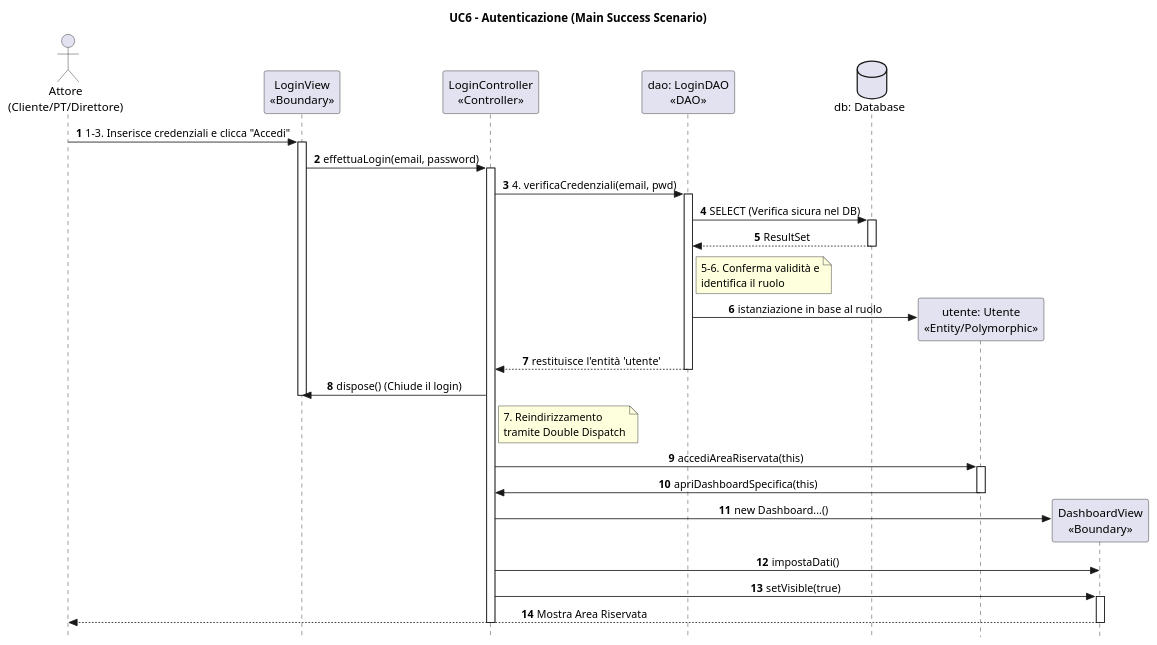
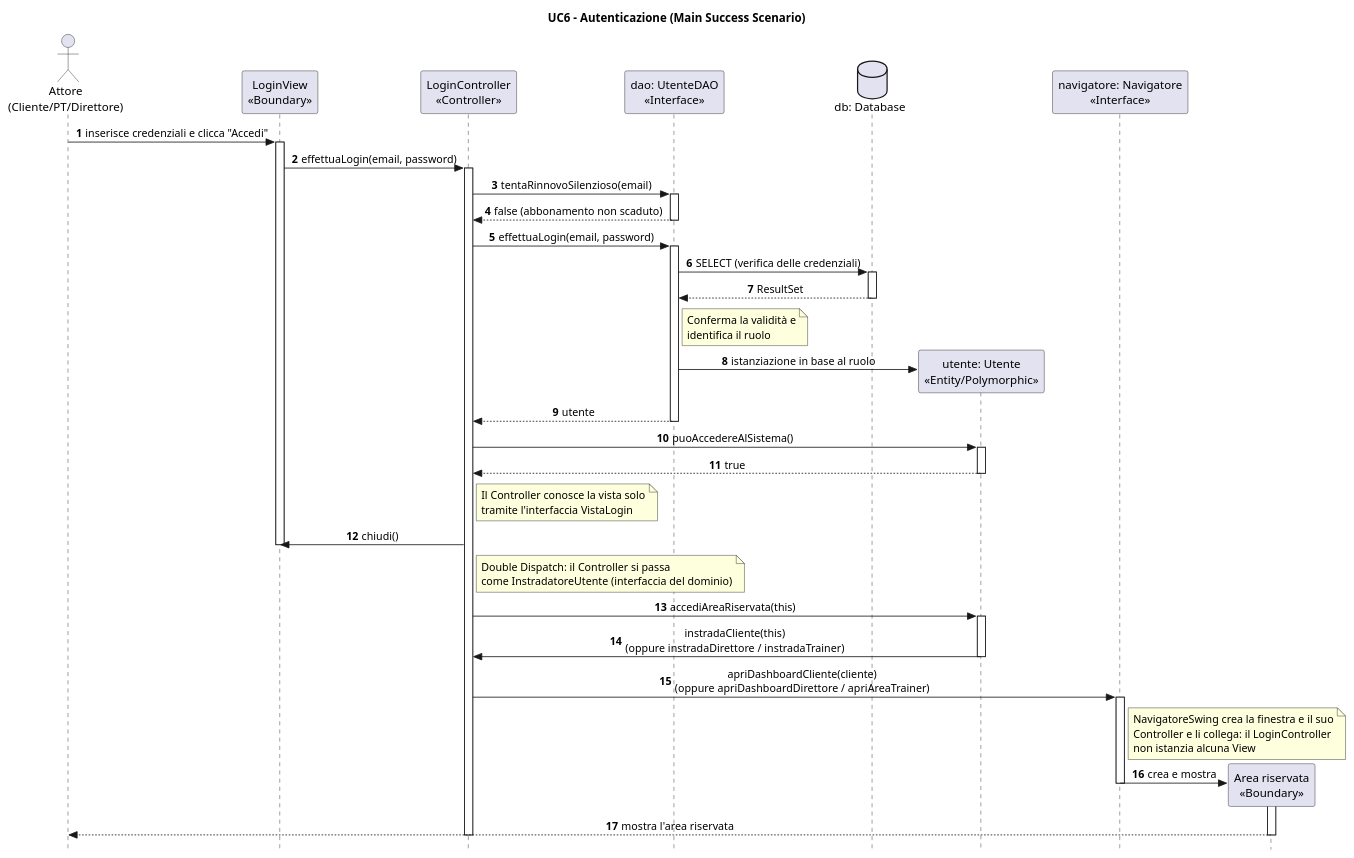
One commit to svilu999/Progetto-ScriptActive changed the first of 2 diagrams in ScriptActive/Documenti/08. Diagrammi di Sequenza/DSequenzaUC6.puml. Above: the diagram before and after it, drawn with PlantUML. The commit also changed other lines of this file and 33 other files, not shown here.

First line of the commit message:
Allinea i diagrammi UML al codice attuale

```diff
--- a/ScriptActive/Documenti/08. Diagrammi di Sequenza/DSequenzaUC6.puml
+++ b/ScriptActive/Documenti/08. Diagrammi di Sequenza/DSequenzaUC6.puml
@@ -1,62 +6,84 @@
-@startuml
+@startuml DSequenzaUC6Main
 skinparam style strictuml
 skinparam sequenceMessageAlign center
 
 title UC6 - Autenticazione (Main Success Scenario)
 
 actor "Attore\n(Cliente/PT/Direttore)" as U
 participant "LoginView\n<<Boundary>>" as V
 participant "LoginController\n<<Controller>>" as Ctrl
-participant "dao: LoginDAO\n<<DAO>>" as DAO
+participant "dao: UtenteDAO\n<<Interface>>" as DAO
 database "db: Database" as DB
 participant "utente: Utente\n<<Entity/Polymorphic>>" as Entity
-participant "DashboardView\n<<Boundary>>" as DashV
+participant "navigatore: Navigatore\n<<Interface>>" as Nav
+participant "Area riservata\n<<Boundary>>" as DashV
 
 autonumber
 
-U -> V: 1-3. Inserisce credenziali e clicca "Accedi"
+U -> V: inserisce credenziali e clicca "Accedi"
 activate V
 
 V -> Ctrl: effettuaLogin(email, password)
 activate Ctrl
 
-Ctrl -> DAO: 4. verificaCredenziali(email, pwd)
+Ctrl -> DAO: tentaRinnovoSilenzioso(email)
+activate DAO
+DAO --> Ctrl: false (abbonamento non scaduto)
+deactivate DAO
+
+Ctrl -> DAO: effettuaLogin(email, password)
 activate DAO
 
-DAO -> DB: SELECT (Verifica sicura nel DB)
+DAO -> DB: SELECT (verifica delle credenziali)
 activate DB
 DB --> DAO: ResultSet
 deactivate DB
 
 note right of DAO
-  5-6. Conferma validità e
+  Conferma la validità e
   identifica il ruolo
 end note
 DAO -> Entity **: istanziazione in base al ruolo
 
-DAO --> Ctrl: restituisce l'entità 'utente'
+DAO --> Ctrl: utente
 deactivate DAO
 
-Ctrl -> V: dispose() (Chiude il login)
+Ctrl -> Entity: puoAccedereAlSistema()
+activate Entity
+Entity --> Ctrl: true
+deactivate Entity
+
+note right of Ctrl
+  Il Controller conosce la vista solo
+  tramite l'interfaccia VistaLogin
+end note
+Ctrl -> V: chiudi()
 deactivate V
 
 note right of Ctrl
-  7. Reindirizzamento
-  tramite Double Dispatch
+  Double Dispatch: il Controller si passa
+  come InstradatoreUtente (interfaccia del dominio)
 end note
 Ctrl -> Entity: accediAreaRiservata(this)
 activate Entity
 
-Entity -> Ctrl: apriDashboardSpecifica(this)
+Entity -> Ctrl: instradaCliente(this)\n(oppure instradaDirettore / instradaTrainer)
 deactivate Entity
 
-Ctrl -> DashV **: new Dashboard...()
-Ctrl -> DashV: impostaDati()
-Ctrl -> DashV: setVisible(true)
+Ctrl -> Nav: apriDashboardCliente(cliente)\n(oppure apriDashboardDirettore / apriAreaTrainer)
+activate Nav
+
+note right of Nav
+  NavigatoreSwing crea la finestra e il suo
+  Controller e li collega: il LoginController
+  non istanzia alcuna View
+end note
+Nav -> DashV **: crea e mostra
 activate DashV
+deactivate Nav
 
-DashV --> U: Mostra Area Riservata
+DashV --> U: mostra l'area riservata
 deactivate DashV
 deactivate Ctrl
 
 @enduml
```
